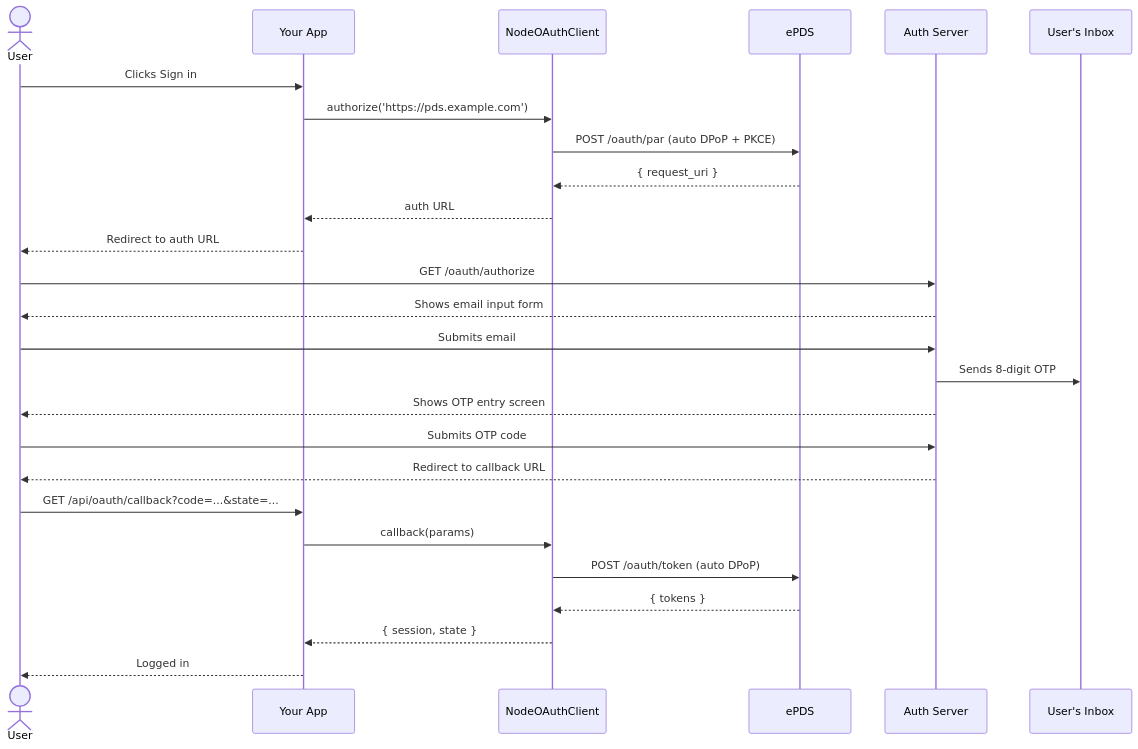
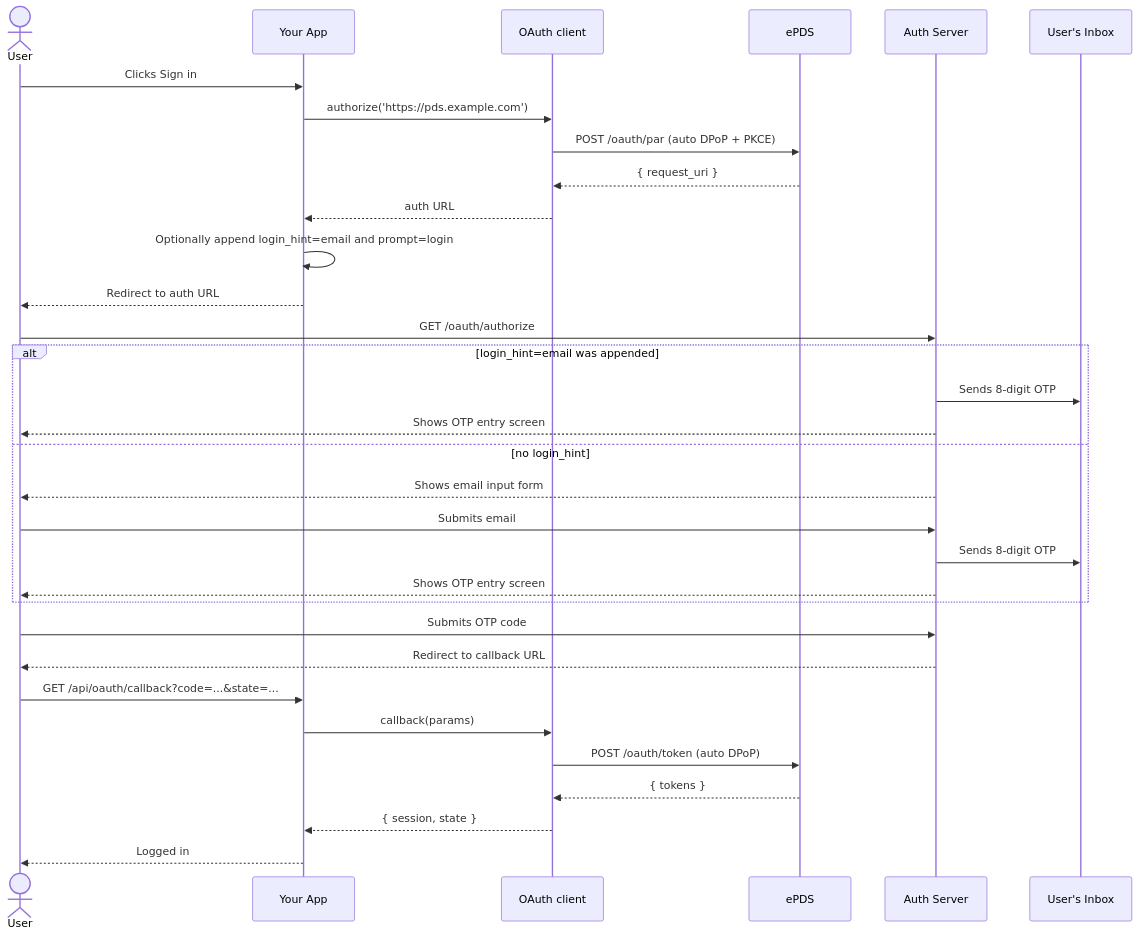
One commit to hypercerts-org/ePDS changed the second of 2 diagrams in .agents/skills/epds-login/references/flows.md. Above: the diagram before and after it, drawn with Mermaid. The commit also changed other lines of this file and 2 other files, not shown here.

Commit message:
skills: update ePDS email-first OAuth guidance

````diff
--- a/.agents/skills/epds-login/references/flows.md
+++ b/.agents/skills/epds-login/references/flows.md
@@ -307,33 +359,38 @@
 ```mermaid
 sequenceDiagram
     actor User
     participant App as Your App
-    participant Lib as NodeOAuthClient
+    participant Lib as OAuth client
     participant PDS as ePDS
     participant Auth as Auth Server
     participant Inbox as User's Inbox
 
     User->>App: Clicks Sign in
     App->>Lib: authorize('https://pds.example.com')
     Lib->>PDS: POST /oauth/par (auto DPoP + PKCE)
     PDS-->>Lib: { request_uri }
     Lib-->>App: auth URL
+    App->>App: Optionally append login_hint=email and prompt=login
     App-->>User: Redirect to auth URL
 
     User->>Auth: GET /oauth/authorize
-    Auth-->>User: Shows email input form
-
-    User->>Auth: Submits email
-    Auth->>Inbox: Sends 8-digit OTP
-    Auth-->>User: Shows OTP entry screen
+    alt login_hint=email was appended
+        Auth->>Inbox: Sends 8-digit OTP
+        Auth-->>User: Shows OTP entry screen
+    else no login_hint
+        Auth-->>User: Shows email input form
+        User->>Auth: Submits email
+        Auth->>Inbox: Sends 8-digit OTP
+        Auth-->>User: Shows OTP entry screen
+    end
 
     User->>Auth: Submits OTP code
     Auth-->>User: Redirect to callback URL
 
     User->>App: GET /api/oauth/callback?code=...&state=...
     App->>Lib: callback(params)
     Lib->>PDS: POST /oauth/token (auto DPoP)
     PDS-->>Lib: { tokens }
     Lib-->>App: { session, state }
     App-->>User: Logged in
 ```
````
